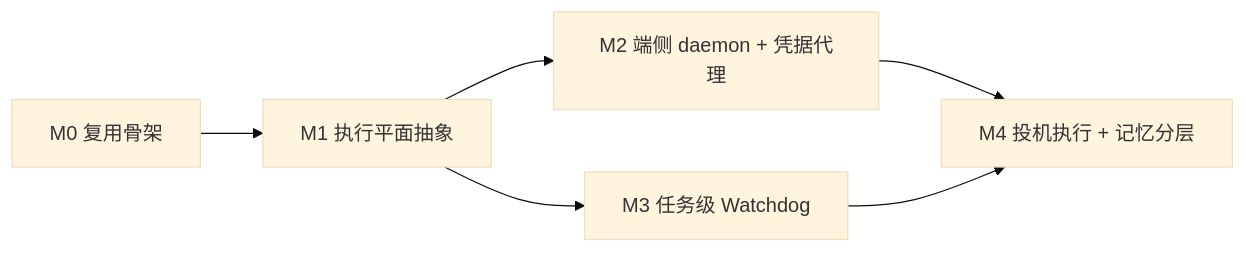
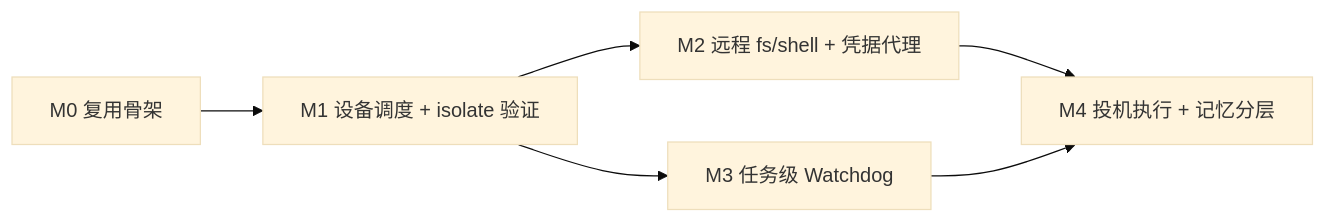
The diagram in docs/30-roadmap.md (Mzy123l/dsh-super-agent), drawn with Mermaid (base theme) before and after one commit. The commit also changed other lines of this file and 2 other files, not shown here.

First line of the commit message:
docs: 模块 E 改用 dsh 已有的 ctx.fs/ctx.shell seam

````diff
--- a/docs/30-roadmap.md
+++ b/docs/30-roadmap.md
@@ -14,8 +14,8 @@
 ```mermaid
 flowchart LR
-  M0[M0 复用骨架] --> M1[M1 执行平面抽象]
-  M1 --> M2[M2 端侧 daemon + 凭据代理]
+  M0[M0 复用骨架] --> M1[M1 设备调度 + isolate 验证]
+  M1 --> M2[M2 远程 fs/shell + 凭据代理]
   M1 --> M3[M3 任务级 Watchdog]
   M2 --> M4[M4 投机执行 + 记忆分层]
   M3 --> M4
 ```
````
